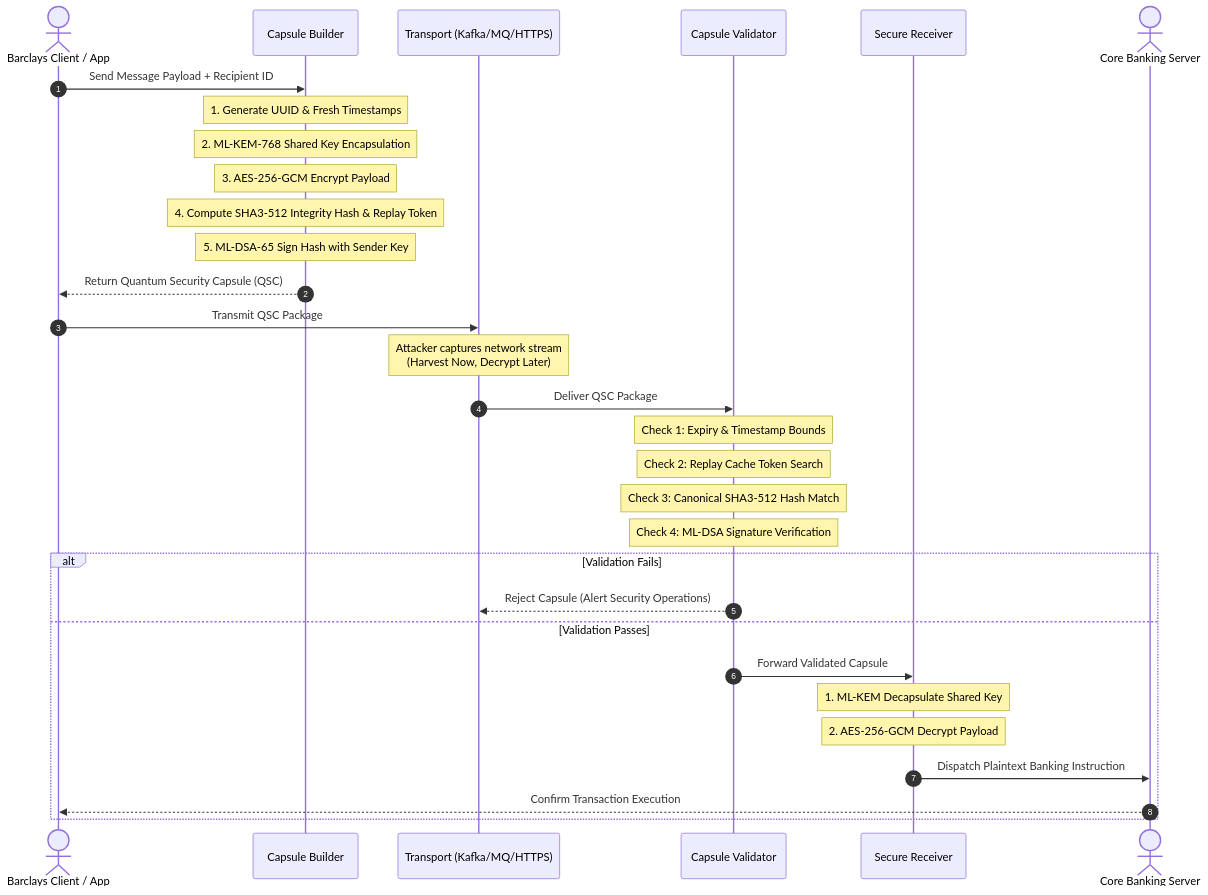
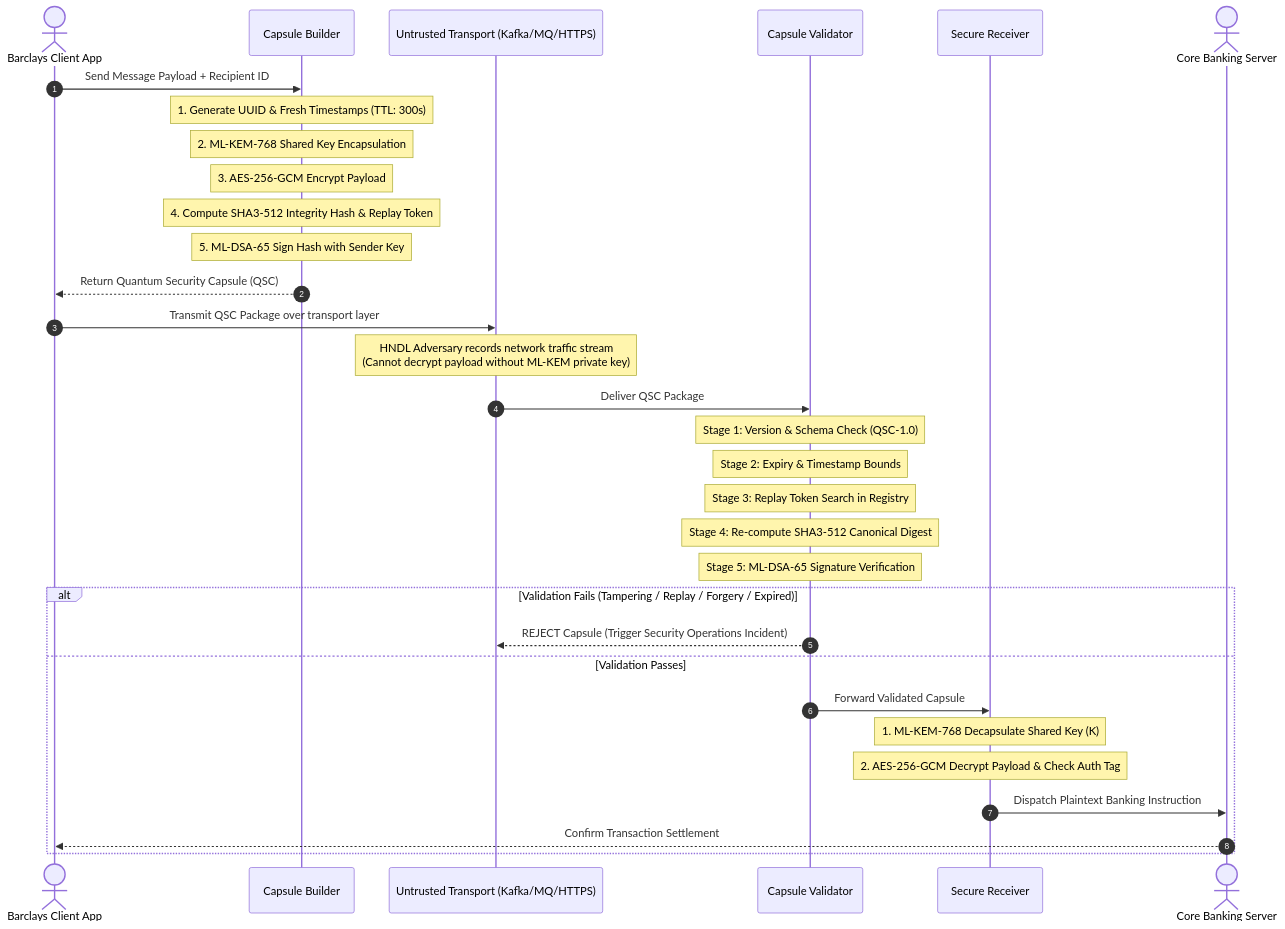
Before and after one commit to hasanr-26/Quantum-Security-Capsule: the diagram in docs/03_diagrams.md, drawn with Mermaid. The commit also changed other lines of this file and 7 other files, not shown here.

````diff
--- a/docs/03_diagrams.md
+++ b/docs/03_diagrams.md
@@ -61,38 +59,39 @@
 ```mermaid
 sequenceDiagram
     autonumber
-    actor Client as Barclays Client / App
+    actor Client as Barclays Client App
     participant Builder as Capsule Builder
-    participant Network as Transport (Kafka/MQ/HTTPS)
+    participant Network as Untrusted Transport (Kafka/MQ/HTTPS)
     participant Validator as Capsule Validator
     participant Receiver as Secure Receiver
     actor Core as Core Banking Server
 
     Client->>Builder: Send Message Payload + Recipient ID
-    Note over Builder: 1. Generate UUID & Fresh Timestamps
+    Note over Builder: 1. Generate UUID & Fresh Timestamps (TTL: 300s)
     Note over Builder: 2. ML-KEM-768 Shared Key Encapsulation
     Note over Builder: 3. AES-256-GCM Encrypt Payload
     Note over Builder: 4. Compute SHA3-512 Integrity Hash & Replay Token
     Note over Builder: 5. ML-DSA-65 Sign Hash with Sender Key
     Builder-->>Client: Return Quantum Security Capsule (QSC)
 
-    Client->>Network: Transmit QSC Package
+    Client->>Network: Transmit QSC Package over transport layer
 
-    Note over Network: Attacker captures network stream<br/>(Harvest Now, Decrypt Later)
+    Note over Network: HNDL Adversary records network traffic stream<br/>(Cannot decrypt payload without ML-KEM private key)
 
     Network->>Validator: Deliver QSC Package
-    Note over Validator: Check 1: Expiry & Timestamp Bounds
-    Note over Validator: Check 2: Replay Cache Token Search
-    Note over Validator: Check 3: Canonical SHA3-512 Hash Match
-    Note over Validator: Check 4: ML-DSA Signature Verification
+    Note over Validator: Stage 1: Version & Schema Check (QSC-1.0)
+    Note over Validator: Stage 2: Expiry & Timestamp Bounds
+    Note over Validator: Stage 3: Replay Token Search in Registry
+    Note over Validator: Stage 4: Re-compute SHA3-512 Canonical Digest
+    Note over Validator: Stage 5: ML-DSA-65 Signature Verification
 
-    alt Validation Fails
-        Validator-->>Network: Reject Capsule (Alert Security Operations)
+    alt Validation Fails (Tampering / Replay / Forgery / Expired)
+        Validator-->>Network: REJECT Capsule (Trigger Security Operations Incident)
     else Validation Passes
         Validator->>Receiver: Forward Validated Capsule
-        Note over Receiver: 1. ML-KEM Decapsulate Shared Key
-        Note over Receiver: 2. AES-256-GCM Decrypt Payload
+        Note over Receiver: 1. ML-KEM-768 Decapsulate Shared Key (K)
+        Note over Receiver: 2. AES-256-GCM Decrypt Payload & Check Auth Tag
         Receiver->>Core: Dispatch Plaintext Banking Instruction
-        Core-->>Client: Confirm Transaction Execution
+        Core-->>Client: Confirm Transaction Settlement
     end
 ```
````
